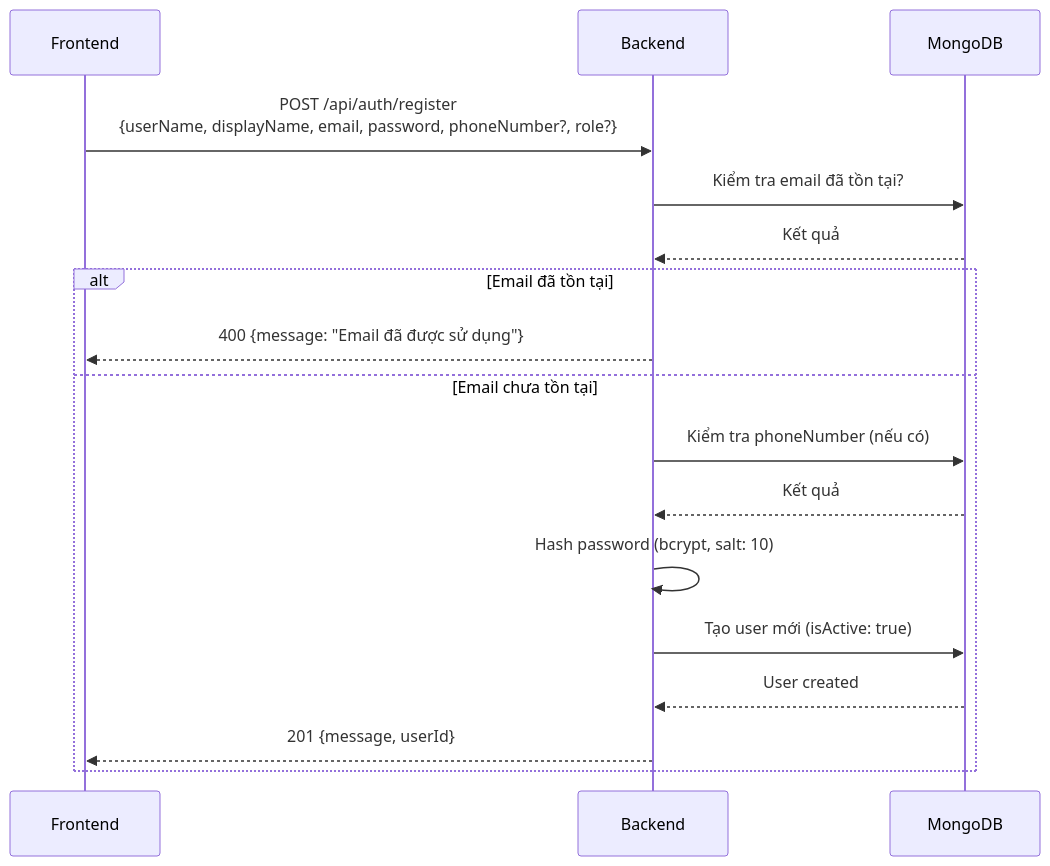
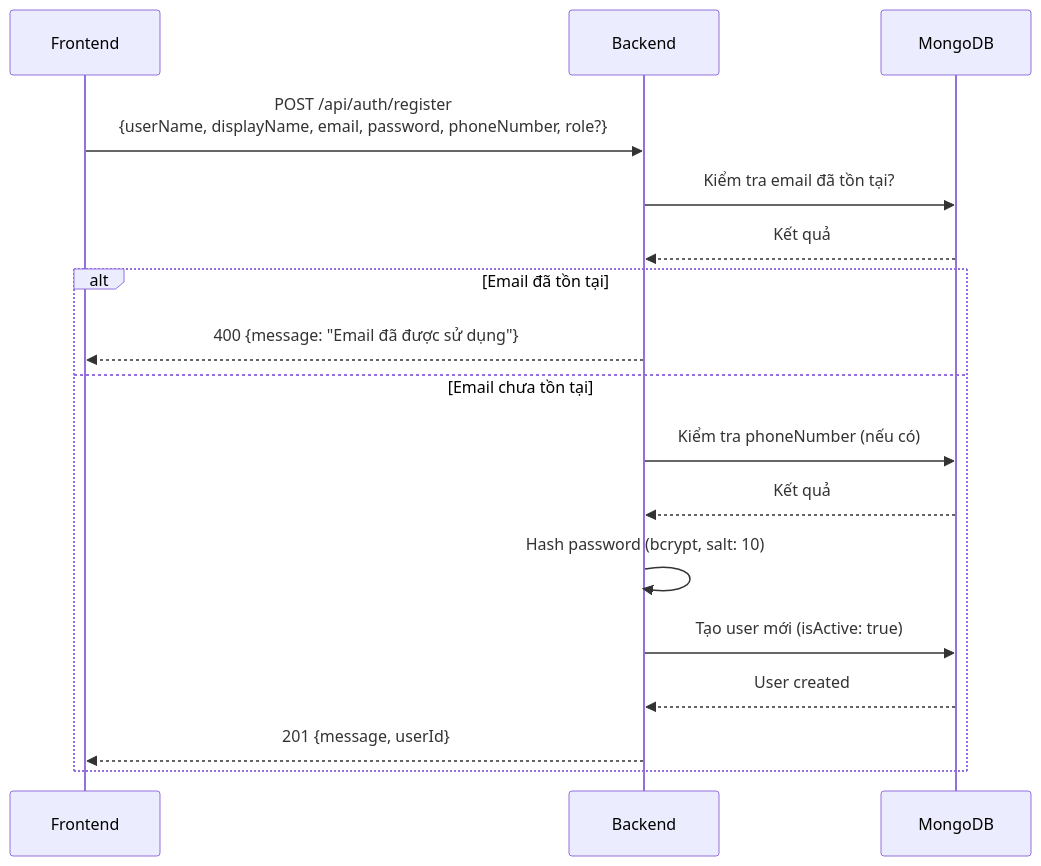
Before and after one commit to phuonganh1609/flood_rescue: the first of 6 diagrams in docs/auth-flow.md, drawn with Mermaid. The commit also changed other lines of this file and 8 other files, not shown here.

````diff
--- a/docs/auth-flow.md
+++ b/docs/auth-flow.md
@@ -6,20 +6,20 @@
 ```mermaid
 sequenceDiagram
     participant FE as Frontend
     participant BE as Backend
     participant DB as MongoDB
 
-    FE->>BE: POST /api/auth/register<br/>{userName, displayName, email, password, phoneNumber?, role?}
+    FE->>BE: POST /api/auth/register<br/>{userName, displayName, email, password, phoneNumber, role?}
     BE->>DB: Kiểm tra email đã tồn tại?
     DB-->>BE: Kết quả
     alt Email đã tồn tại
         BE-->>FE: 400 {message: "Email đã được sử dụng"}
     else Email chưa tồn tại
         BE->>DB: Kiểm tra phoneNumber (nếu có)
         DB-->>BE: Kết quả
         BE->>BE: Hash password (bcrypt, salt: 10)
         BE->>DB: Tạo user mới (isActive: true)
         DB-->>BE: User created
         BE-->>FE: 201 {message, userId}
     end
 ```
````
